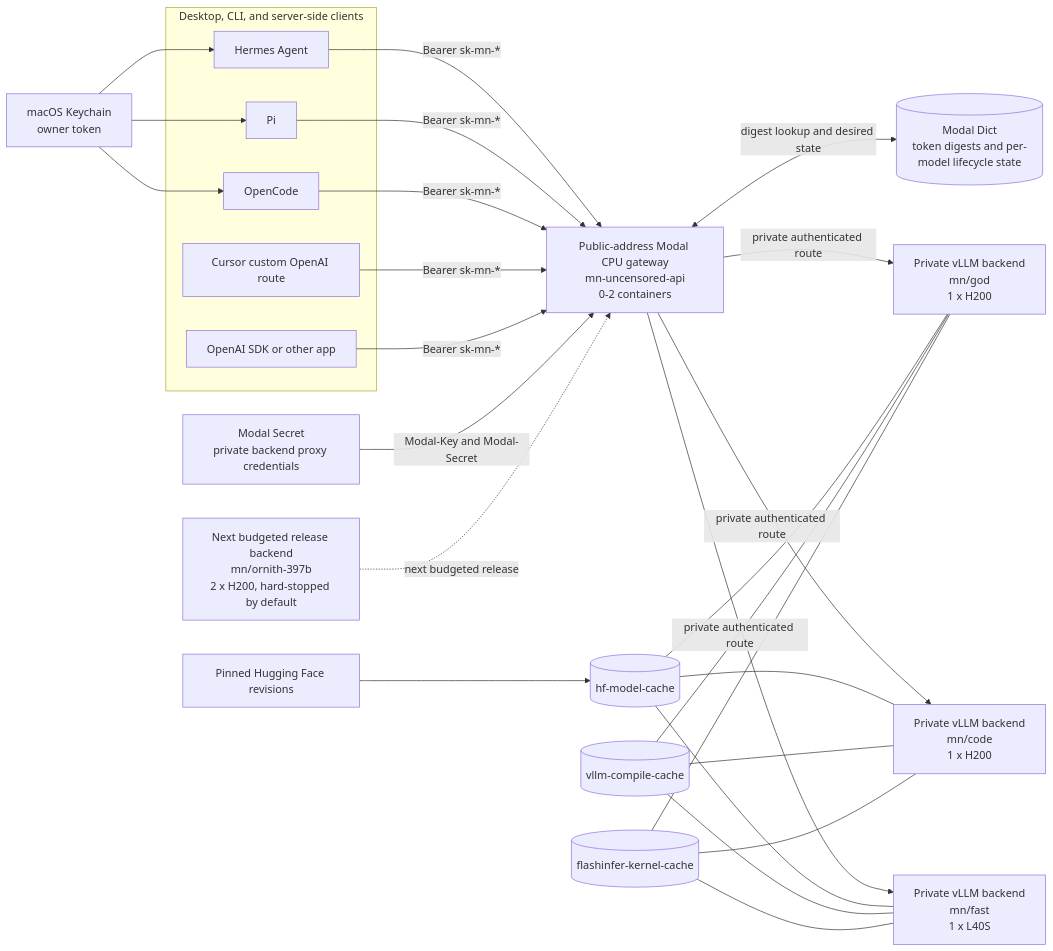
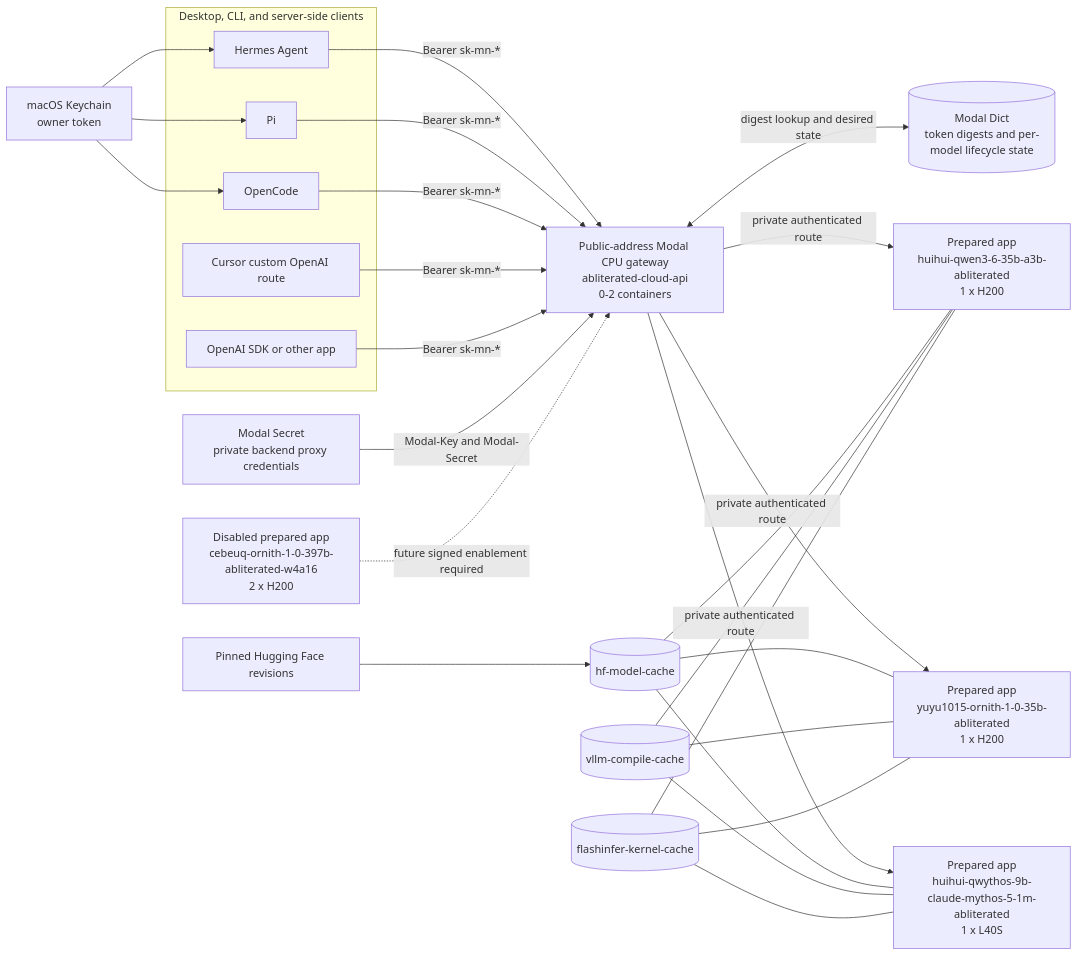
One commit to eminogrande/mn-uncensored changed the first of 8 diagrams in README.md. Above: the diagram before and after it, drawn with Mermaid. The commit also changed other lines of this file and 35 other files, not shown here.

````diff
--- a/README.md
+++ b/README.md
@@ -185,54 +190,54 @@
 ```mermaid
 flowchart LR
     subgraph Clients["Desktop, CLI, and server-side clients"]
         Hermes["Hermes Agent"]
         Pi["Pi"]
         OpenCode["OpenCode"]
         Cursor["Cursor custom OpenAI route"]
         App["OpenAI SDK or other app"]
     end
 
     Keychain["macOS Keychain<br/>owner token"]
-    Gateway["Public-address Modal CPU gateway<br/>mn-uncensored-api<br/>0-2 containers"]
+    Gateway["Public-address Modal CPU gateway<br/>abliterated-cloud-api<br/>0-2 containers"]
     State[("Modal Dict<br/>token digests and per-model lifecycle state")]
     ProxySecret["Modal Secret<br/>private backend proxy credentials"]
 
-    God["Private vLLM backend<br/>mn/god<br/>1 x H200"]
-    Code["Private vLLM backend<br/>mn/code<br/>1 x H200"]
-    Fast["Private vLLM backend<br/>mn/fast<br/>1 x L40S"]
-    Ornith["Next budgeted release backend<br/>mn/ornith-397b<br/>2 x H200, hard-stopped by default"]
+    God["Prepared app<br/>huihui-qwen3-6-35b-a3b-abliterated<br/>1 x H200"]
+    Code["Prepared app<br/>yuyu1015-ornith-1-0-35b-abliterated<br/>1 x H200"]
+    Fast["Prepared app<br/>huihui-qwythos-9b-claude-mythos-5-1m-abliterated<br/>1 x L40S"]
+    Ornith["Disabled prepared app<br/>cebeuq-ornith-1-0-397b-abliterated-w4a16<br/>2 x H200"]
 
     HF["Pinned Hugging Face revisions"]
     HFCache[("hf-model-cache")]
     VLLMCache[("vllm-compile-cache")]
     KernelCache[("flashinfer-kernel-cache")]
 
     Keychain --> Hermes
     Keychain --> Pi
     Keychain --> OpenCode
 
     Hermes -->|"Bearer sk-mn-*"| Gateway
     Pi -->|"Bearer sk-mn-*"| Gateway
     OpenCode -->|"Bearer sk-mn-*"| Gateway
     Cursor -->|"Bearer sk-mn-*"| Gateway
     App -->|"Bearer sk-mn-*"| Gateway
 
     Gateway <-->|"digest lookup and desired state"| State
     ProxySecret -->|"Modal-Key and Modal-Secret"| Gateway
 
     Gateway -->|"private authenticated route"| God
     Gateway -->|"private authenticated route"| Code
     Gateway -->|"private authenticated route"| Fast
-    Ornith -.->|"next budgeted release"| Gateway
+    Ornith -.->|"future signed enablement required"| Gateway
 
     HF --> HFCache
     HFCache --- God
     HFCache --- Code
     HFCache --- Fast
     VLLMCache --- God
     VLLMCache --- Code
     VLLMCache --- Fast
     KernelCache --- God
     KernelCache --- Code
     KernelCache --- Fast
 ```
````
